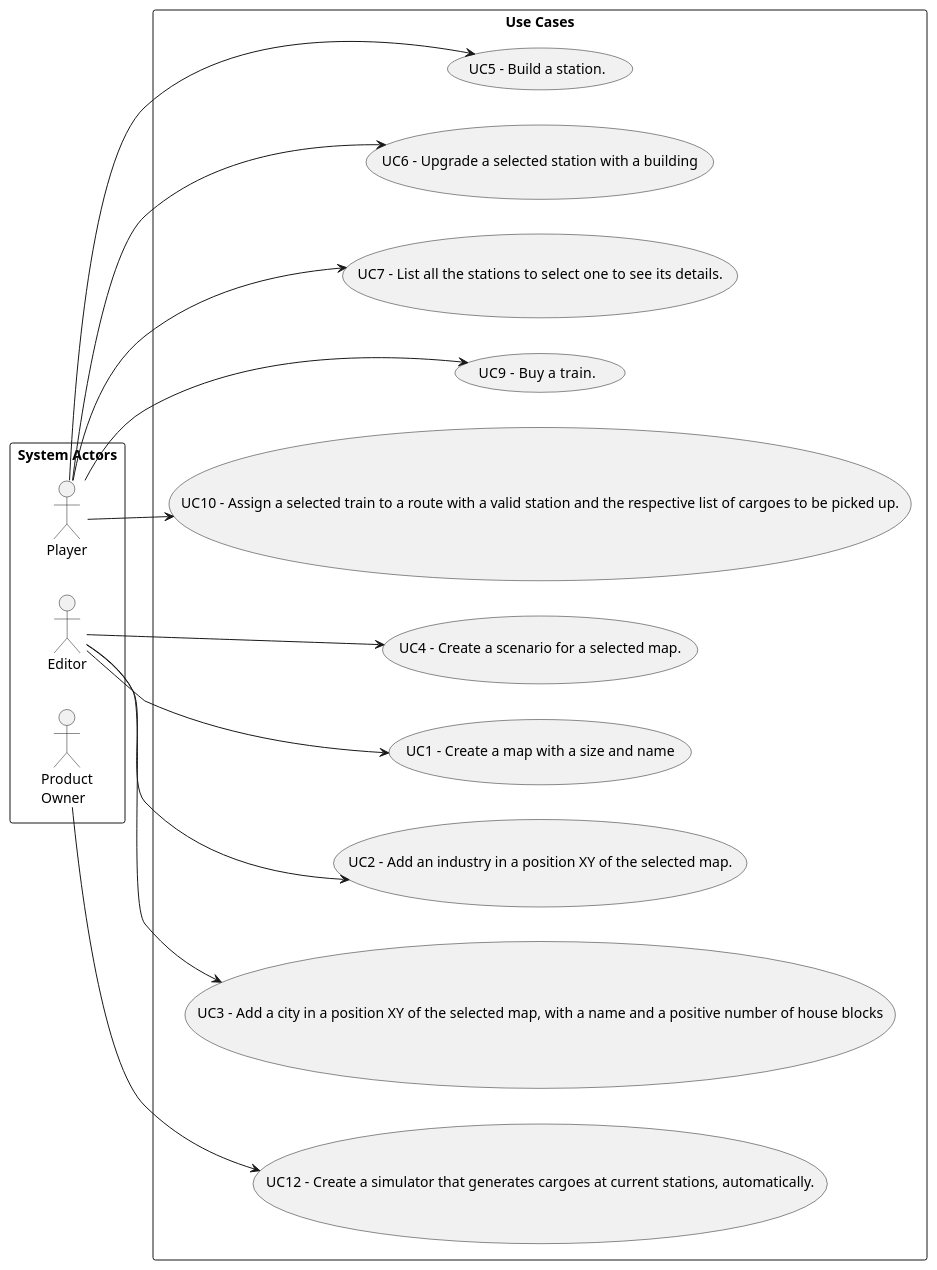
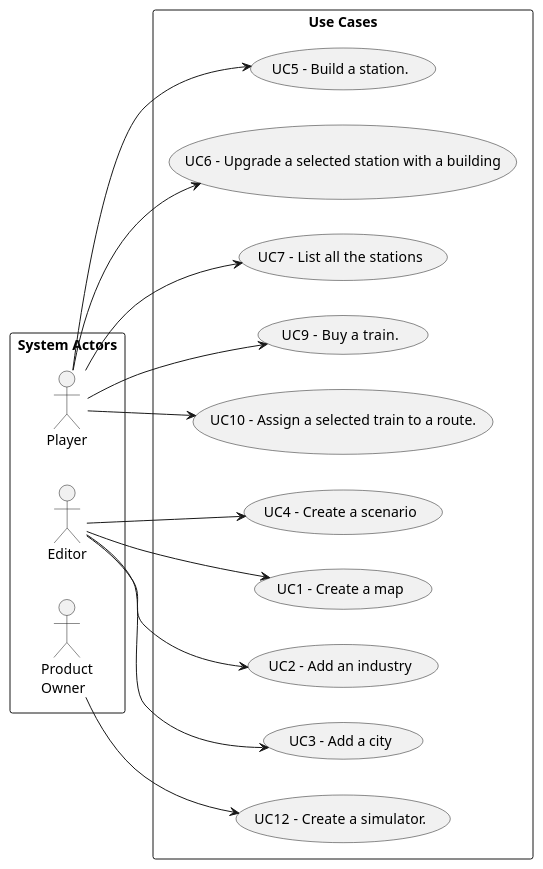
Before and after one commit to bruno-monteiro5/sem2-pi-24.25-g132-repo: the diagram in docs/system-documentation/global-artifacts/01.requirements-engineering/puml/UCD.puml, drawn with PlantUML. The commit also changed 1 other file, not shown here.

```diff
--- a/docs/system-documentation/global-artifacts/01.requirements-engineering/puml/UCD.puml
+++ b/docs/system-documentation/global-artifacts/01.requirements-engineering/puml/UCD.puml
@@ -1,52 +1,52 @@
 @startuml
 'skinparam monochrome true
 skinparam packageStyle rectangle
 'skinparam shadowing false
 
 
 'title Use Case Diagram Example
 
 left to right direction
 
 rectangle "System Actors" as actors {
     actor "Player" as Player
     actor "Editor" as Editor
     actor "Product\nOwner" as Owner
 }
 
 rectangle "Use Cases" as usecases{
-    usecase "UC1 - Create a map with a size and name" as UC1
+    usecase "UC1 - Create a map" as UC1
     Editor --> UC1
 
-    usecase "UC2 - Add an industry in a position XY of the selected map." as UC2
+    usecase "UC2 - Add an industry" as UC2
     Editor --> UC2
 
-    usecase "UC3 - Add a city in a position XY of the selected map, with a name and a positive number of house blocks" as UC3
+    usecase "UC3 - Add a city" as UC3
     Editor --> UC3
 
-    usecase "UC4 - Create a scenario for a selected map." as UC4
+    usecase "UC4 - Create a scenario" as UC4
     Editor --> UC4
 
     usecase "UC5 - Build a station." as UC5
     Player --> UC5
 
     usecase "UC6 - Upgrade a selected station with a building" as UC6
     Player --> UC6
 
-    usecase "UC7 -  List all the stations to select one to see its details." as UC7
+    usecase "UC7 -  List all the stations" as UC7
     Player --> UC7
 
     usecase "UC9 -  Buy a train." as UC9
     Player --> UC9
 
-    usecase "UC10 - Assign a selected train to a route with a valid station and the respective list of cargoes to be picked up." as UC10
+    usecase "UC10 - Assign a selected train to a route." as UC10
     Player --> UC10
 
-    usecase "UC12 - Create a simulator that generates cargoes at current stations, automatically." as UC12
+    usecase "UC12 - Create a simulator." as UC12
     Owner --> UC12
 
 
 }
 
 
 @enduml
```
